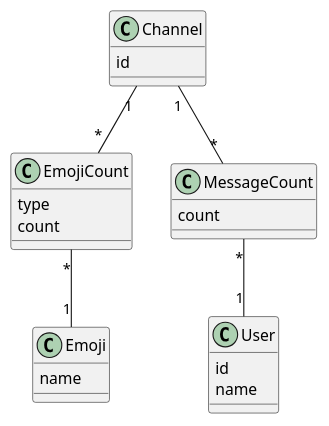
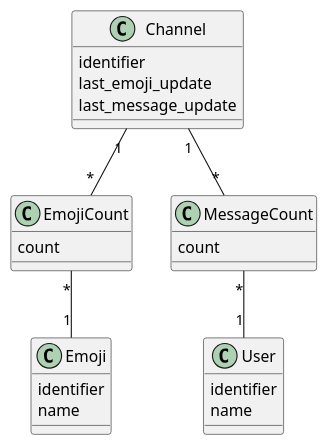
The diagram in database_model.puml (Educorreia932/Lain), drawn with PlantUML before and after one commit. The commit also changed 1 other file, not shown here.

Commit message:
Only reading messages until last emoji update

```diff
--- a/database_model.puml
+++ b/database_model.puml
@@ -1,30 +1,32 @@
 @startuml
 
 class Emoji {
+    identifier
     name
 }
 
 class EmojiCount {
-    type
     count
 }
 
 class Channel {
-    id
+    identifier
+    last_emoji_update
+    last_message_update
 }
 
 class User {
-    id
+    identifier
     name
 }
 
 class MessageCount {
    count
 }
 
 Channel "1" -- "*" EmojiCount
 EmojiCount "*" -- "1" Emoji
 Channel "1" -- "*" MessageCount
 MessageCount "*" -- "1" User
 
 @enduml
```
